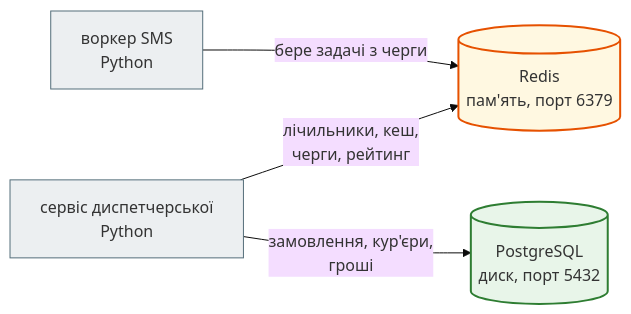
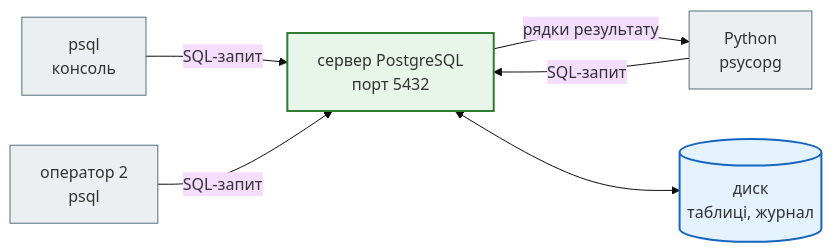
Before and after one commit to AlinaRadchenko/PY-Course-Victor-Nikoriak-22-09-2026: the first of 6 diagrams in docs/modules/m3/lesson_30.md, drawn with Mermaid (base theme). The commit also changed other lines of this file and 1846 other files, not shown here.

````diff
--- a/docs/modules/m3/lesson_30.md
+++ b/docs/modules/m3/lesson_30.md
@@ -42,16 +45,18 @@
 ```mermaid
 flowchart LR
     classDef step     fill:#eceff1,stroke:#546e7a,stroke-width:1px;
     classDef decision fill:#e3f2fd,stroke:#1565c0,stroke-width:2px;
     classDef success  fill:#e8f5e9,stroke:#2e7d32,stroke-width:2px;
     classDef error    fill:#ffebee,stroke:#c62828,stroke-width:3px;
     classDef warning  fill:#fff8e1,stroke:#e65100,stroke-width:2px;
 
-    APP["сервіс диспетчерської<br>Python"] -- "лічильники, кеш,<br>черги, рейтинг" --> R[("Redis<br>пам'ять, порт 6379")]
-    APP -- "замовлення, кур'єри,<br>гроші" --> PG[("PostgreSQL<br>диск, порт 5432")]
-    W["воркер SMS<br>Python"] -- "бере задачі з черги" --> R
+    P["psql<br>консоль"] -- "SQL-запит" --> S["сервер PostgreSQL<br>порт 5432"]
+    A["Python<br>psycopg"] -- "SQL-запит" --> S
+    O["оператор 2<br>psql"] -- "SQL-запит" --> S
+    S -- "рядки результату" --> A
+    S <--> D[("диск<br>таблиці, журнал")]
 
-    class APP,W step
-    class R warning
-    class PG success
+    class P,A,O step
+    class S success
+    class D decision
 ```
````
